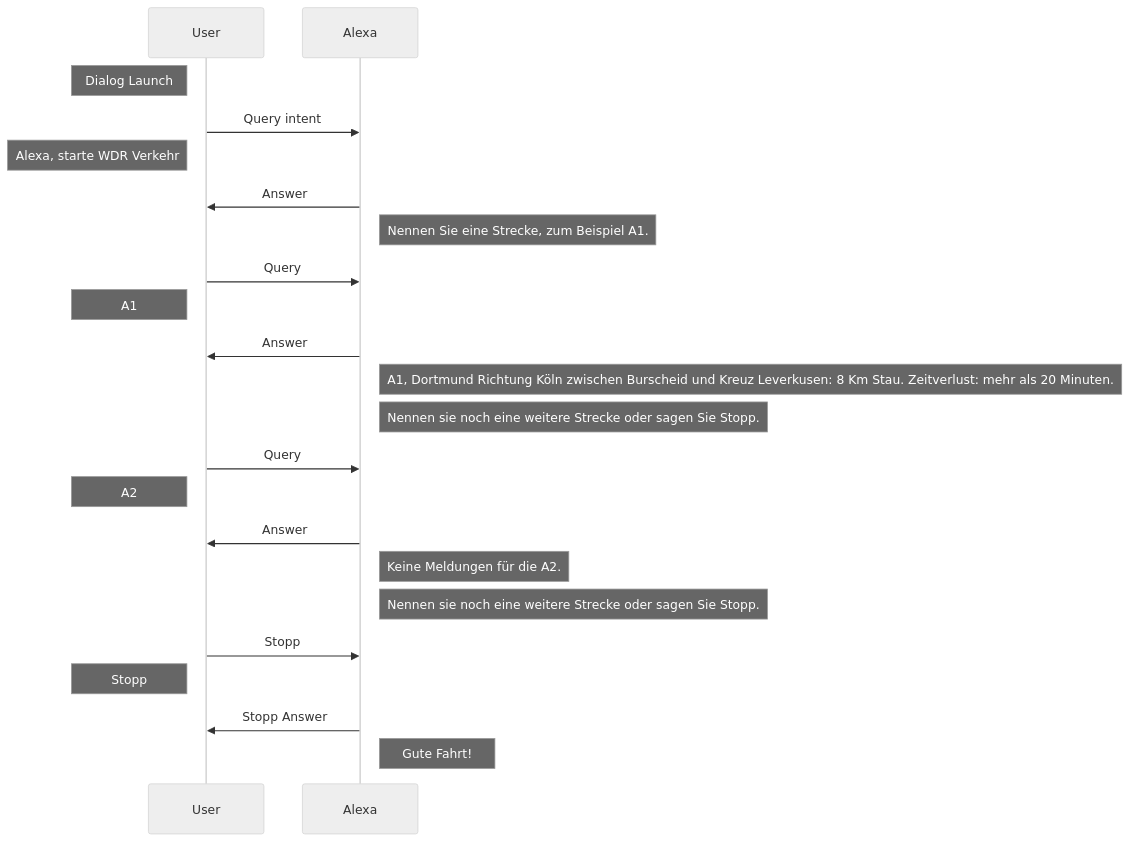
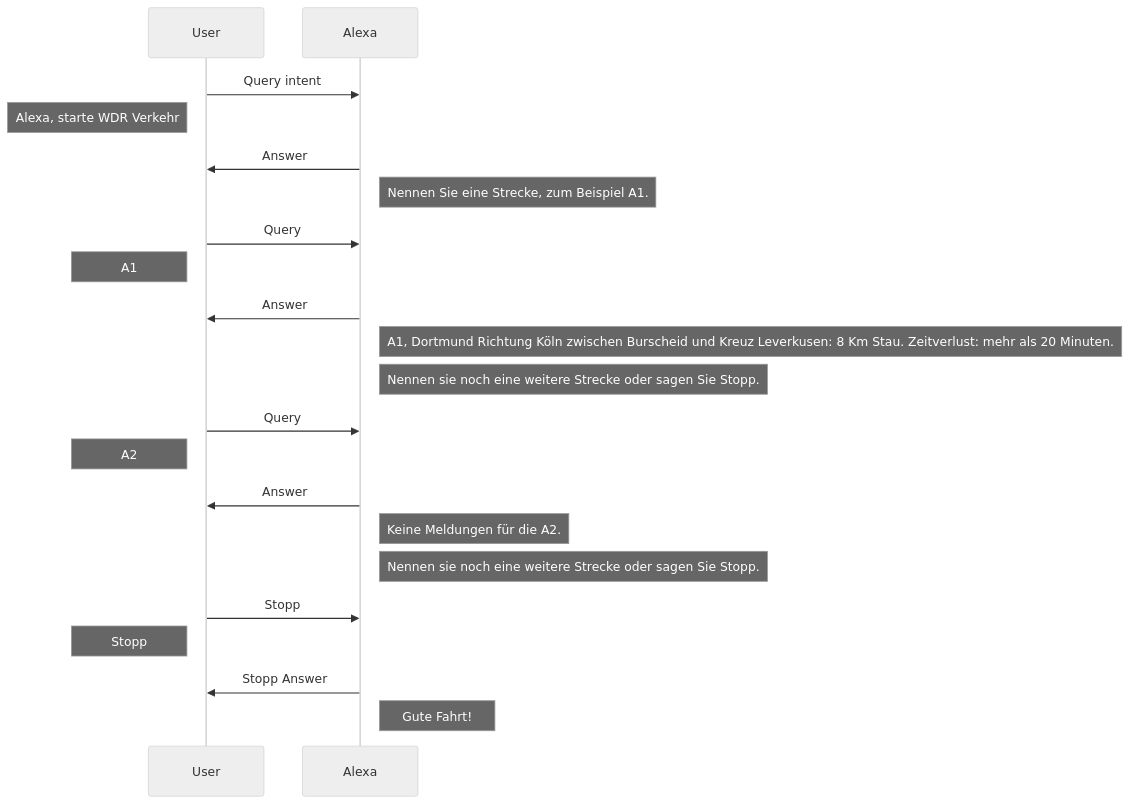
The first of 2 diagrams in index.md (wdr-data/alexa-stauschau), drawn with Mermaid (neutral theme) before and after one commit.

Commit message:
:bento: Delete dublicate  note

```diff
--- a/index.md
+++ b/index.md
@@ -4,22 +4,21 @@
 <div class="mermaid">
 sequenceDiagram
-Note left of User: Dialog Launch
 User->> Alexa: Query intent
 Note left of User: Alexa, starte WDR Verkehr
 Alexa->> User: Answer
 Note right of Alexa: Nennen Sie eine Strecke, zum Beispiel A1.
 User->>Alexa: Query
 Note left of User: A1
 Alexa->>User: Answer
 Note right of Alexa: A1, Dortmund Richtung Köln zwischen Burscheid und Kreuz Leverkusen: 8 Km Stau. Zeitverlust: mehr als 20 Minuten.
 Note right of Alexa: Nennen sie noch eine weitere Strecke oder sagen Sie Stopp.
 User->>Alexa: Query
 Note left of User: A2
 Alexa->>User: Answer
 Note right of Alexa: Keine Meldungen für die A2.
 Note right of Alexa: Nennen sie noch eine weitere Strecke oder sagen Sie Stopp.
 User->>Alexa: Stopp
 Note left of User: Stopp
 Alexa->>User: Stopp Answer
 Note right of Alexa: Gute Fahrt!
 </div>
```
